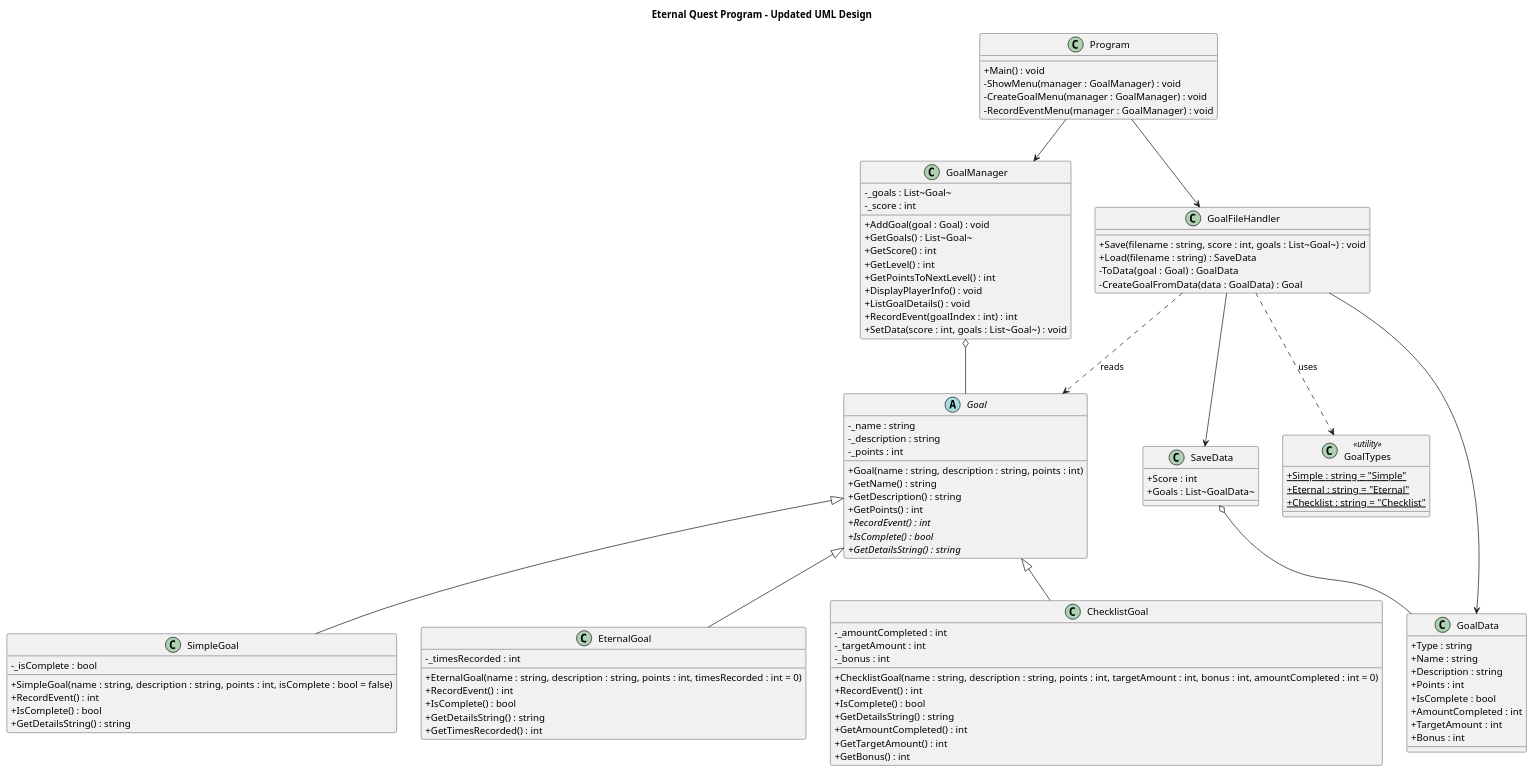
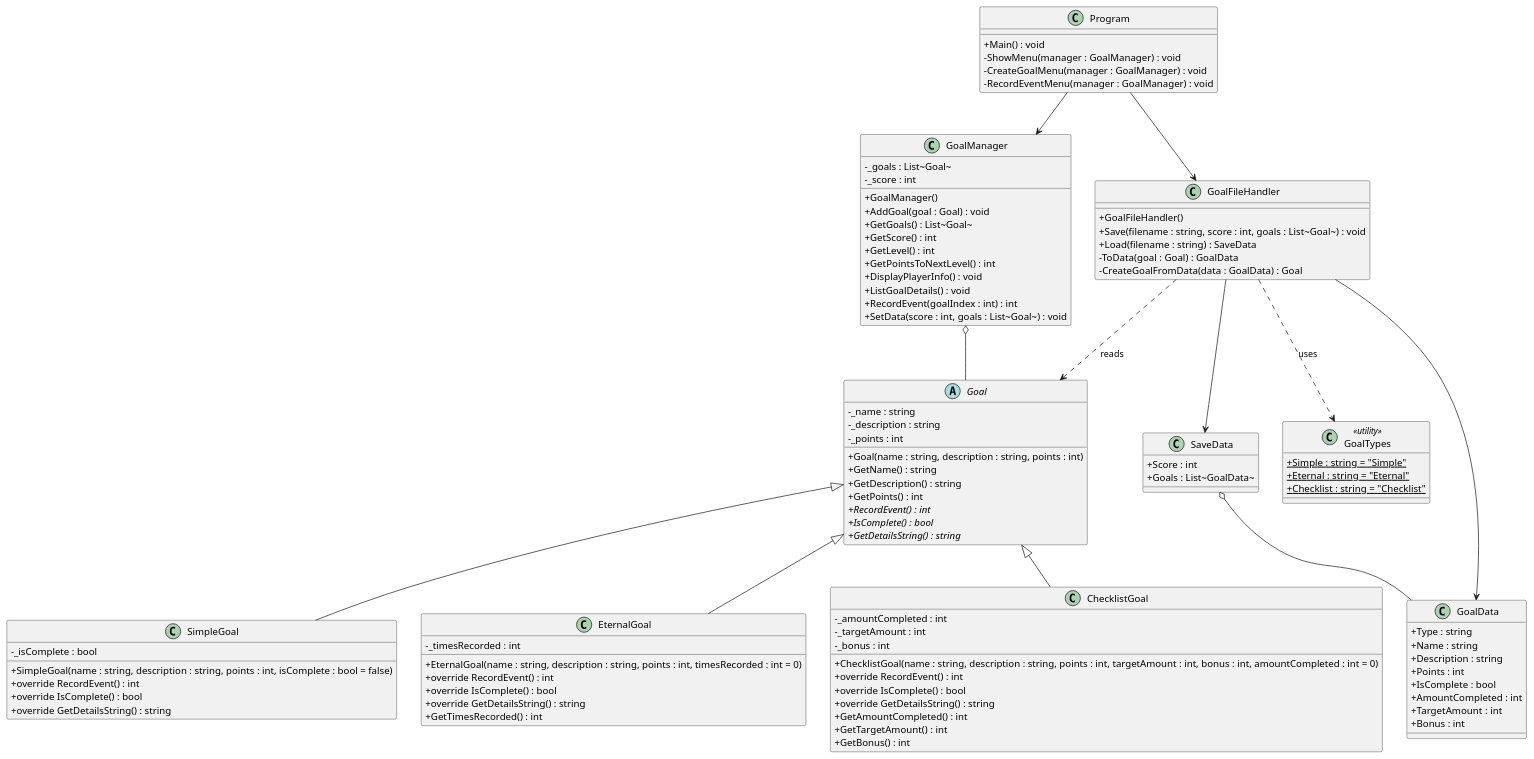
One commit to Amiru-Code/cse-210-Projects changed the diagram in prove/Develop05/Diagram.puml. Above: the diagram before and after it, drawn with PlantUML.

Commit message:
Tweaked the diagram slightly

```diff
--- a/prove/Develop05/Diagram.puml
+++ b/prove/Develop05/Diagram.puml
@@ -1,114 +1,115 @@
 @startuml
 skinparam classAttributeIconSize 0
-title Eternal Quest Program - Updated UML Design
 
 class Program {
   + Main() : void
   - ShowMenu(manager : GoalManager) : void
   - CreateGoalMenu(manager : GoalManager) : void
   - RecordEventMenu(manager : GoalManager) : void
 }
 
 abstract class Goal {
   - _name : string
   - _description : string
   - _points : int
   + Goal(name : string, description : string, points : int)
   + GetName() : string
   + GetDescription() : string
   + GetPoints() : int
   + {abstract} RecordEvent() : int
   + {abstract} IsComplete() : bool
   + {abstract} GetDetailsString() : string
 }
 
 class SimpleGoal {
   - _isComplete : bool
   + SimpleGoal(name : string, description : string, points : int, isComplete : bool = false)
-  + RecordEvent() : int
-  + IsComplete() : bool
-  + GetDetailsString() : string
+  + override RecordEvent() : int
+  + override IsComplete() : bool
+  + override GetDetailsString() : string
 }
 
 class EternalGoal {
   - _timesRecorded : int
   + EternalGoal(name : string, description : string, points : int, timesRecorded : int = 0)
-  + RecordEvent() : int
-  + IsComplete() : bool
-  + GetDetailsString() : string
+  + override RecordEvent() : int
+  + override IsComplete() : bool
+  + override GetDetailsString() : string
   + GetTimesRecorded() : int
 }
 
 class ChecklistGoal {
   - _amountCompleted : int
   - _targetAmount : int
   - _bonus : int
   + ChecklistGoal(name : string, description : string, points : int, targetAmount : int, bonus : int, amountCompleted : int = 0)
-  + RecordEvent() : int
-  + IsComplete() : bool
-  + GetDetailsString() : string
+  + override RecordEvent() : int
+  + override IsComplete() : bool
+  + override GetDetailsString() : string
   + GetAmountCompleted() : int
   + GetTargetAmount() : int
   + GetBonus() : int
 }
 
 class GoalManager {
   - _goals : List~Goal~
   - _score : int
+  + GoalManager()
   + AddGoal(goal : Goal) : void
   + GetGoals() : List~Goal~
   + GetScore() : int
   + GetLevel() : int
   + GetPointsToNextLevel() : int
   + DisplayPlayerInfo() : void
   + ListGoalDetails() : void
   + RecordEvent(goalIndex : int) : int
   + SetData(score : int, goals : List~Goal~) : void
 }
 
 class GoalFileHandler {
+  + GoalFileHandler()
   + Save(filename : string, score : int, goals : List~Goal~) : void
   + Load(filename : string) : SaveData
   - ToData(goal : Goal) : GoalData
   - CreateGoalFromData(data : GoalData) : Goal
 }
 
 class SaveData {
   + Score : int
   + Goals : List~GoalData~
 }
 
 class GoalTypes <<utility>> {
   + {static} Simple : string = "Simple"
   + {static} Eternal : string = "Eternal"
   + {static} Checklist : string = "Checklist"
 }
 
 class GoalData {
   + Type : string
   + Name : string
   + Description : string
   + Points : int
   + IsComplete : bool
   + AmountCompleted : int
   + TargetAmount : int
   + Bonus : int
 }
 
 Goal <|-- SimpleGoal
 Goal <|-- EternalGoal
 Goal <|-- ChecklistGoal
 
 GoalManager o-- Goal
 
 Program --> GoalManager
 Program --> GoalFileHandler
 
 GoalFileHandler ..> Goal : reads
 GoalFileHandler --> GoalData
 GoalFileHandler --> SaveData
 GoalFileHandler ..> GoalTypes : uses
 
 SaveData o-- GoalData
 
 @enduml
```
